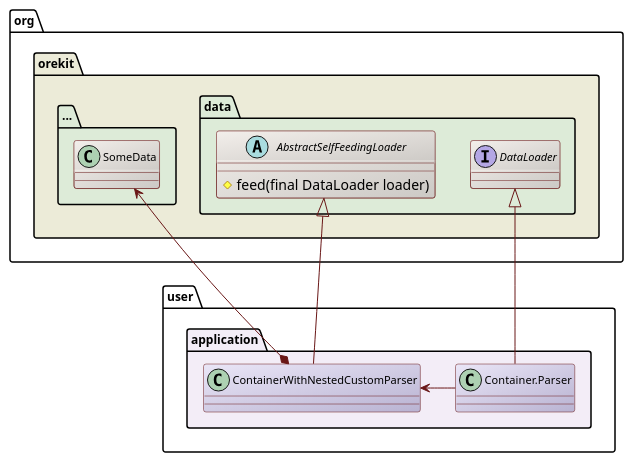
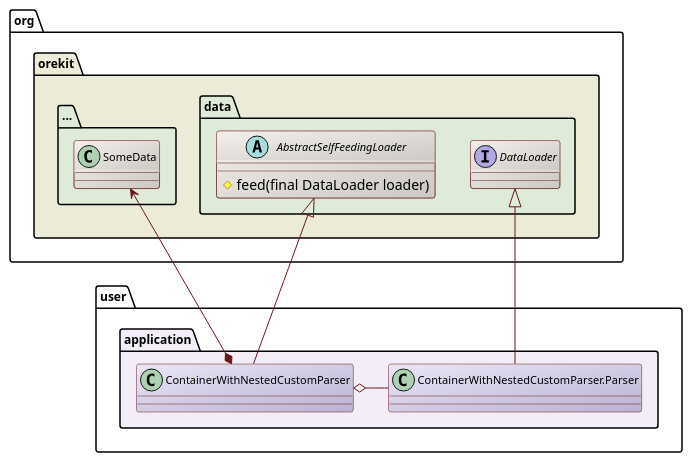
Before and after one commit to CS-SI/Orekit: the diagram in src/design/custom-parser-class-diagram.puml, drawn with PlantUML. The commit also changed 6 other files, not shown here.

Commit message:
Added architecture documentation for data contexts.

```diff
--- a/src/design/custom-parser-class-diagram.puml
+++ b/src/design/custom-parser-class-diagram.puml
@@ -17,39 +17,39 @@
 @startuml
 
   skinparam svek                  true
   skinparam ClassBackgroundColor  #F3EFEB/CCC9C5
   skinparam ClassArrowColor       #691616
   skinparam ClassBorderColor      #691616
   skinparam NoteBackgroundColor   #F3EFEB
   skinparam NoteBorderColor       #691616
   skinparam NoteFontColor         #691616
   skinparam ClassFontSize         11
   skinparam PackageFontSize       12
 
   package org.orekit #ECEBD8 {
 
     package data #DDEBD8 {
 
       interface DataLoader
 
       abstract class AbstractSelfFeedingLoader {
       	#feed(final DataLoader loader)
       }
 
     }
 
     package "..." as dummy #DDEBD8 {
       class SomeData
     }
   }
 
   package user.application #F3EDF7 {
-    class "Container.Parser" as Nested #EAE6F7/B9B3D2
+    class "ContainerWithNestedCustomParser.Parser" as Nested #EAE6F7/B9B3D2
     class ContainerWithNestedCustomParser #EAE6F7/B9B3D2
     AbstractSelfFeedingLoader <|-- ContainerWithNestedCustomParser
     SomeData <--* ContainerWithNestedCustomParser
-    Nested -right-> ContainerWithNestedCustomParser
+    ContainerWithNestedCustomParser o-right- Nested
     DataLoader <|-- Nested
   }
 
 @enduml
```
